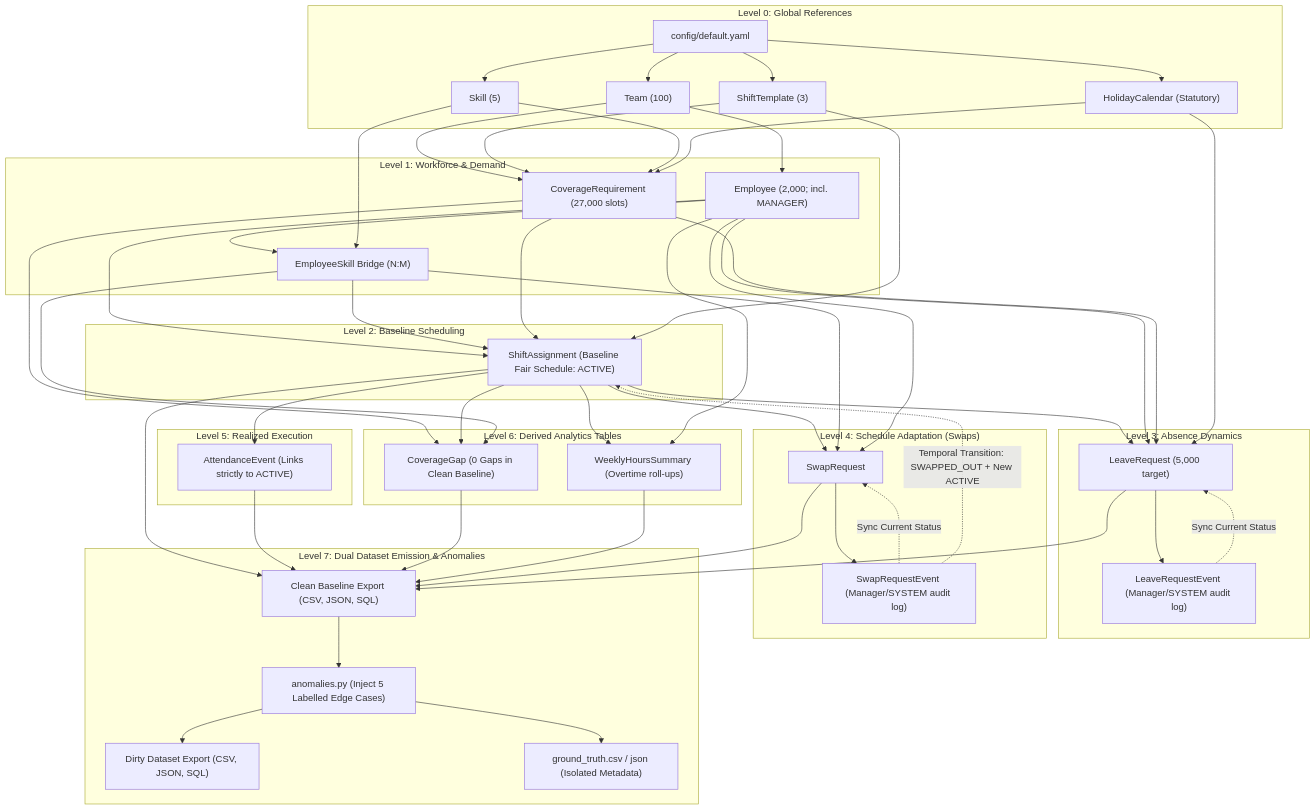
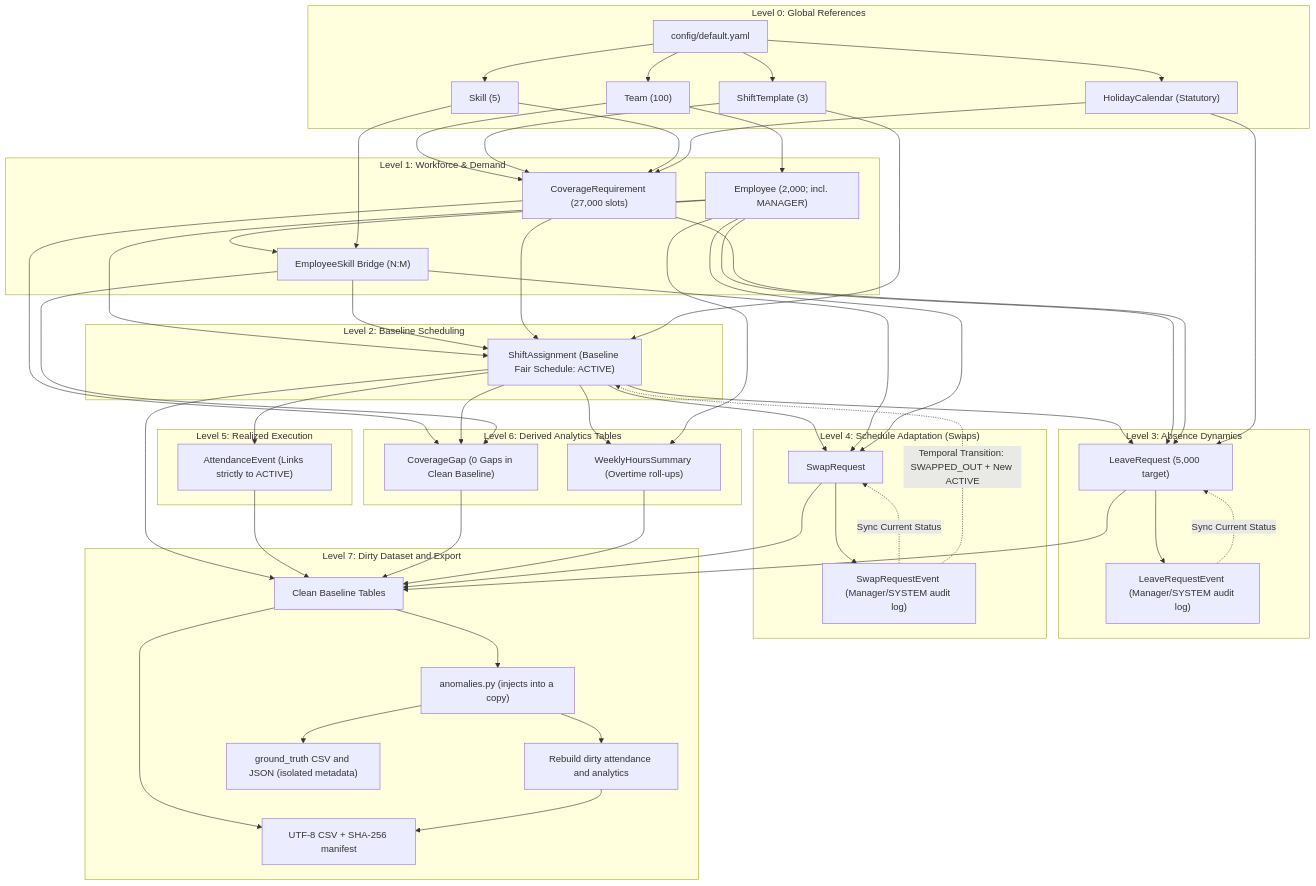
The diagram in DESIGN.md (Divya0475/workforce-schedule-synthetic-data), drawn with Mermaid before and after one commit. The commit also changed other lines of this file and 1 other file, not shown here.

Commit message:
docs(stage-d1a): document CSV and anomaly outputs

````diff
--- a/DESIGN.md
+++ b/DESIGN.md
@@ -292,48 +286,50 @@
 ```mermaid
 flowchart TD
     subgraph L0["Level 0: Global References"]
         CFG["config/default.yaml"] --> SFT["ShiftTemplate (3)"]
         CFG --> HOL["HolidayCalendar (Statutory)"]
         CFG --> SKL["Skill (5)"]
         CFG --> TEM["Team (100)"]
     end
 
     subgraph L1["Level 1: Workforce & Demand"]
         TEM --> EMP["Employee (2,000; incl. MANAGER)"]
         EMP & SKL --> ESK["EmployeeSkill Bridge (N:M)"]
         TEM & SFT & SKL & HOL --> COV["CoverageRequirement (27,000 slots)"]
     end
 
     subgraph L2["Level 2: Baseline Scheduling"]
         EMP & ESK & COV & SFT --> SAS["ShiftAssignment (Baseline Fair Schedule: ACTIVE)"]
     end
 
     subgraph L3["Level 3: Absence Dynamics"]
         SAS & EMP & COV & HOL --> LVE["LeaveRequest (5,000 target)"]
         LVE --> LVE_EVT["LeaveRequestEvent (Manager/SYSTEM audit log)"]
         LVE_EVT -.->|Sync Current Status| LVE
     end
 
     subgraph L4["Level 4: Schedule Adaptation (Swaps)"]
         SAS & ESK & EMP --> SWP["SwapRequest"]
         SWP --> SWP_EVT["SwapRequestEvent (Manager/SYSTEM audit log)"]
         SWP_EVT -.->|Sync Current Status| SWP
         SWP_EVT -.->|Temporal Transition: SWAPPED_OUT + New ACTIVE| SAS
     end
 
     subgraph L5["Level 5: Realized Execution"]
         SAS --> ATT["AttendanceEvent (Links strictly to ACTIVE)"]
     end
 
     subgraph L6["Level 6: Derived Analytics Tables"]
         COV & SAS & ESK --> CGP["CoverageGap (0 Gaps in Clean Baseline)"]
         SAS & EMP --> WHS["WeeklyHoursSummary (Overtime roll-ups)"]
     end
 
-    subgraph L7["Level 7: Dual Dataset Emission & Anomalies"]
-        SAS & SWP & LVE & ATT & CGP & WHS --> CLEAN["Clean Baseline Export (CSV, JSON, SQL)"]
-        CLEAN --> ANOM["anomalies.py (Inject 5 Labelled Edge Cases)"]
-        ANOM --> DIRTY["Dirty Dataset Export (CSV, JSON, SQL)"]
-        ANOM --> GTRUTH["ground_truth.csv / json (Isolated Metadata)"]
+    subgraph L7["Level 7: Dirty Dataset and Export"]
+        SAS & SWP & LVE & ATT & CGP & WHS --> CLEAN["Clean Baseline Tables"]
+        CLEAN --> ANOM["anomalies.py (injects into a copy)"]
+        ANOM --> DIRTY["Rebuild dirty attendance and analytics"]
+        CLEAN --> CSV["UTF-8 CSV + SHA-256 manifest"]
+        DIRTY --> CSV
+        ANOM --> GT["ground_truth CSV and JSON (isolated metadata)"]
     end
 ```
````
